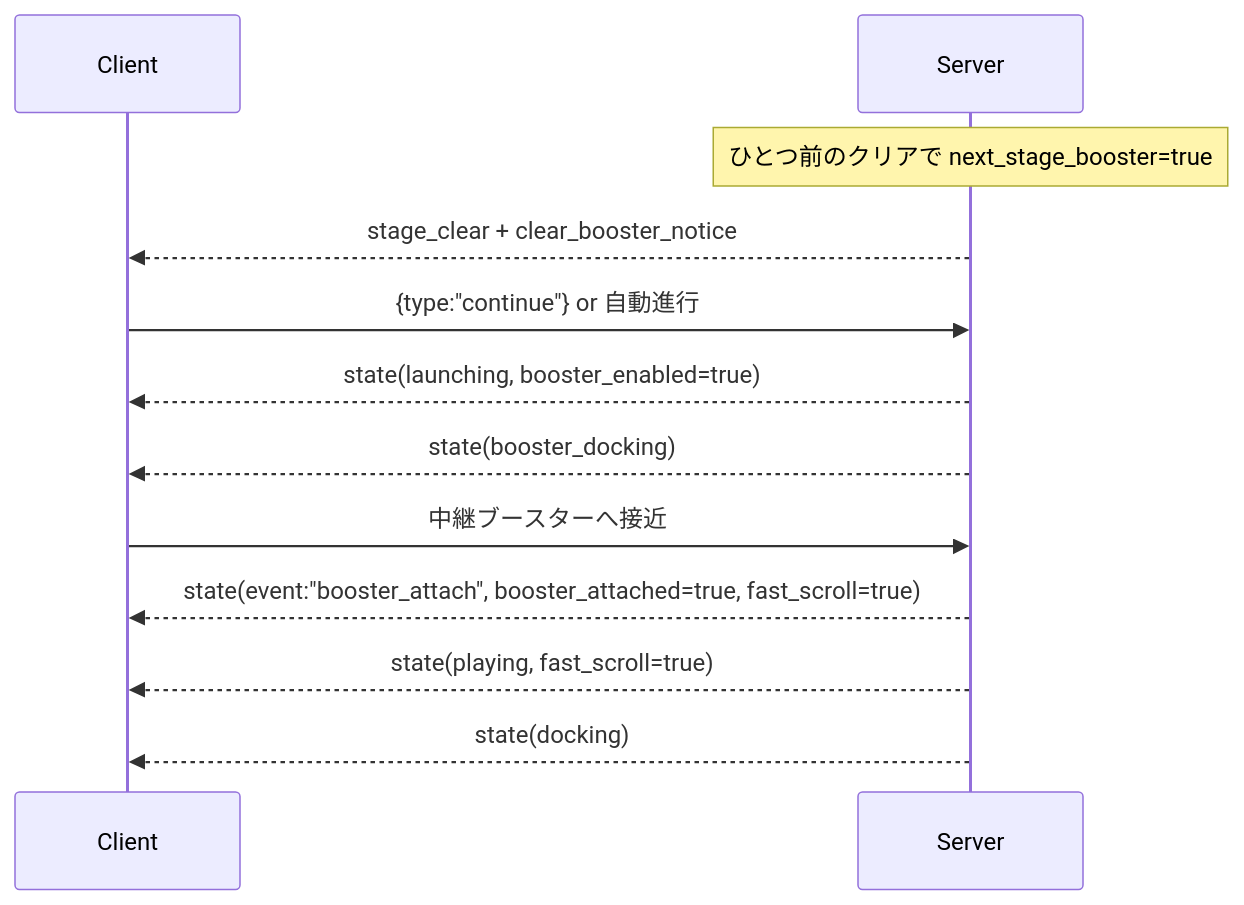
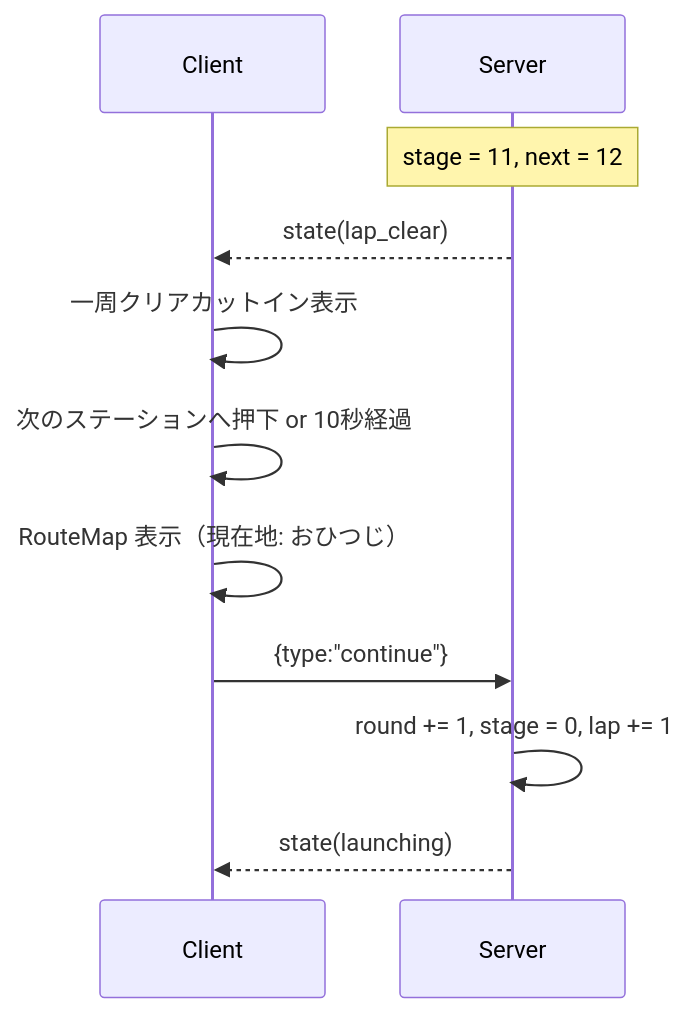
Before and after one commit to ssnshino/rust-sandbox: the third of 4 diagrams in docs/truckers.md, drawn with Mermaid. The commit also changed other lines of this file and 7 other files, not shown here.

Commit message:
feat(truckers): add delivery economy and lap flow docs

````diff
--- a/docs/truckers.md
+++ b/docs/truckers.md
@@ -203,15 +209,14 @@
 ```mermaid
 sequenceDiagram
     participant C as Client
     participant S as Server
 
-    Note over S: ひとつ前のクリアで next_stage_booster=true
-    S-->>C: stage_clear + clear_booster_notice
-    C->>S: {type:"continue"} or 自動進行
-    S-->>C: state(launching, booster_enabled=true)
-    S-->>C: state(booster_docking)
-    C->>S: 中継ブースターへ接近
-    S-->>C: state(event:"booster_attach", booster_attached=true, fast_scroll=true)
-    S-->>C: state(playing, fast_scroll=true)
-    S-->>C: state(docking)
+    Note over S: stage = 11, next = 12
+    S-->>C: state(lap_clear)
+    C->>C: 一周クリアカットイン表示
+    C->>C: 次のステーションへ押下 or 10秒経過
+    C->>C: RouteMap 表示（現在地: おひつじ）
+    C->>S: {type:"continue"}
+    S->>S: round += 1, stage = 0, lap += 1
+    S-->>C: state(launching)
 ```
````
